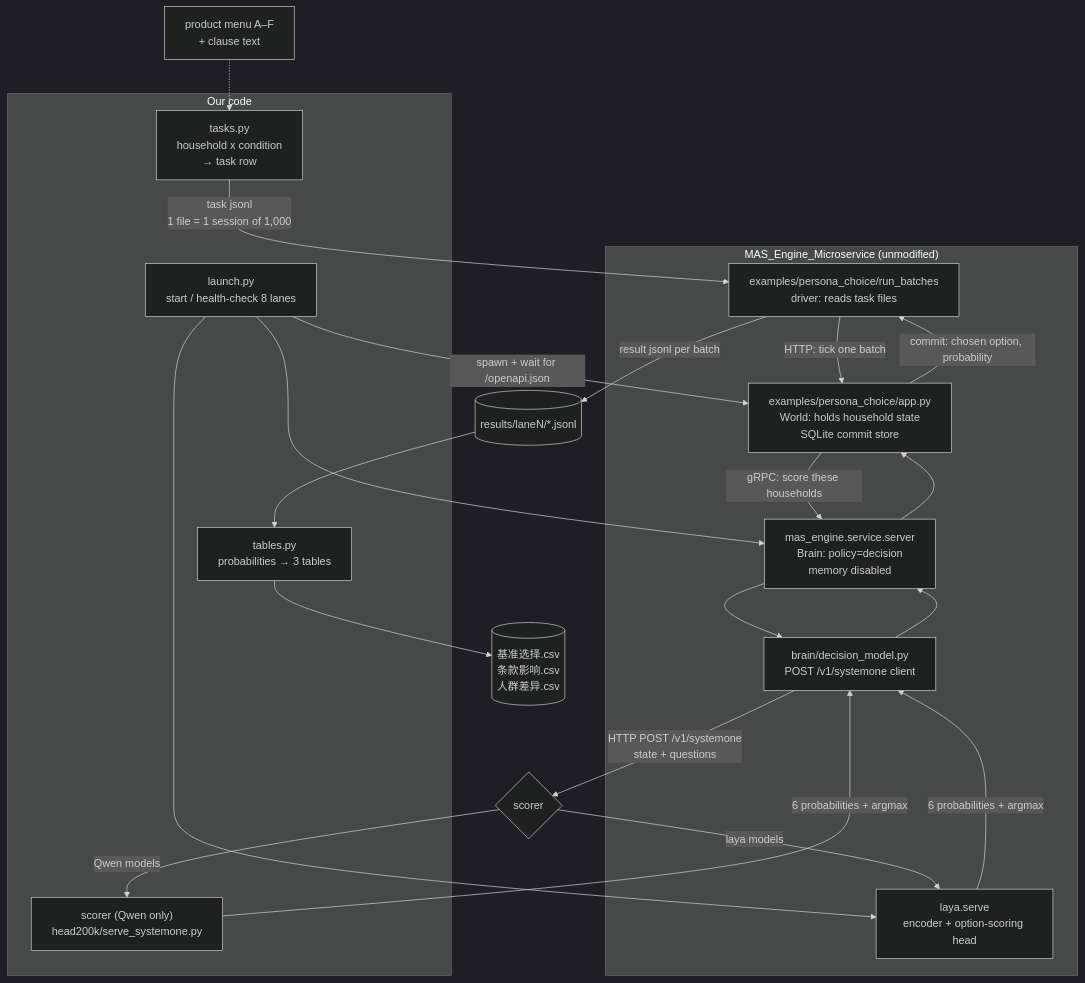
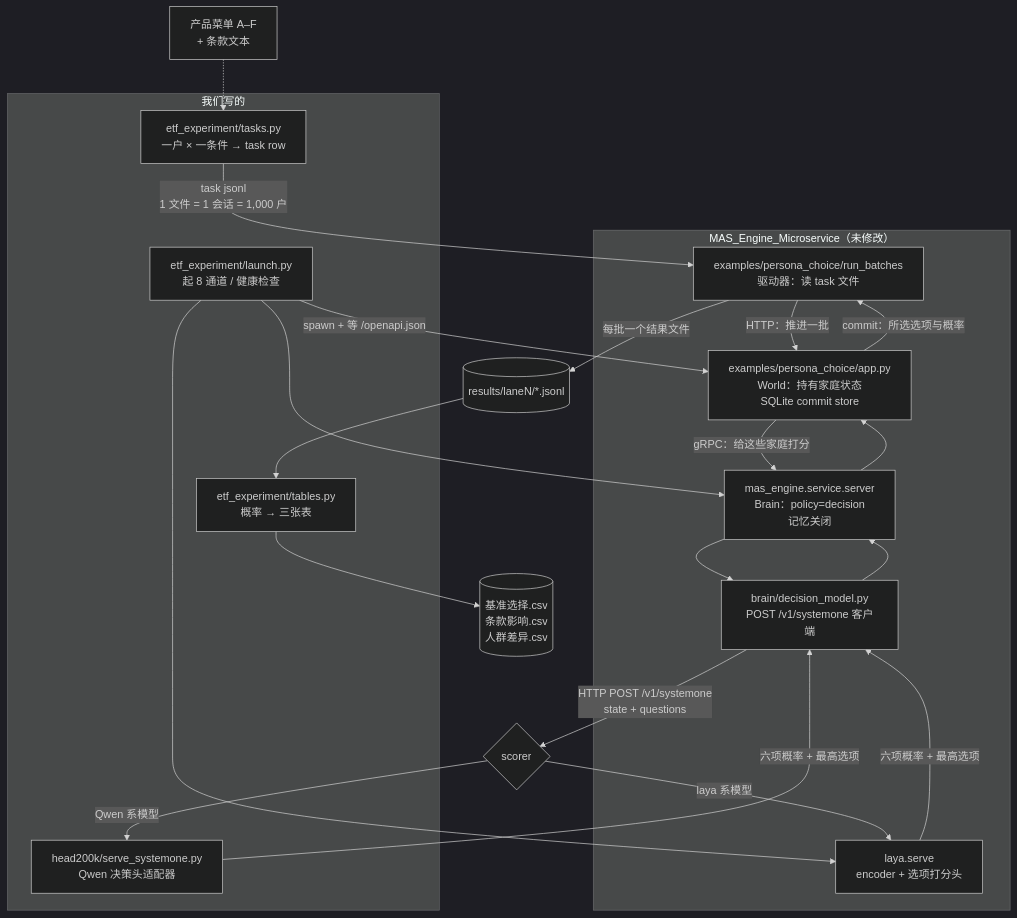
One commit to ShuKK777/etf-household-experiment changed the first of 3 diagrams in docs/调用链路.md. Above: the diagram before and after it, drawn with Mermaid (dark theme). The commit also changed other lines of this file, not shown here.

Commit message:
docs: rewrite the engine call-chain note in Chinese, name the refactored modules

````diff
--- a/docs/调用链路.md
+++ b/docs/调用链路.md
@@ -8,36 +10,36 @@
 ```mermaid
 flowchart TD
-    subgraph ours["Our code"]
-        A1["tasks.py<br/>household x condition<br/>→ task row"]
-        A2["launch.py<br/>start / health-check 8 lanes"]
-        A3["tables.py<br/>probabilities → 3 tables"]
-        A4["scorer (Qwen only)<br/>head200k/serve_systemone.py"]
+    subgraph ours["我们写的"]
+        A1["etf_experiment/tasks.py<br/>一户 × 一条件 → task row"]
+        A2["etf_experiment/launch.py<br/>起 8 通道 / 健康检查"]
+        A3["etf_experiment/tables.py<br/>概率 → 三张表"]
+        A4["head200k/serve_systemone.py<br/>Qwen 决策头适配器"]
     end
 
-    subgraph engine["MAS_Engine_Microservice (unmodified)"]
-        B1["examples/persona_choice/run_batches<br/>driver: reads task files"]
-        B2["examples/persona_choice/app.py<br/>World: holds household state<br/>SQLite commit store"]
-        B3["mas_engine.service.server<br/>Brain: policy=decision<br/>memory disabled"]
-        B4["brain/decision_model.py<br/>POST /v1/systemone client"]
-        B5["laya.serve<br/>encoder + option-scoring head"]
+    subgraph engine["MAS_Engine_Microservice（未修改）"]
+        B1["examples/persona_choice/run_batches<br/>驱动器：读 task 文件"]
+        B2["examples/persona_choice/app.py<br/>World：持有家庭状态<br/>SQLite commit store"]
+        B3["mas_engine.service.server<br/>Brain：policy=decision<br/>记忆关闭"]
+        B4["brain/decision_model.py<br/>POST /v1/systemone 客户端"]
+        B5["laya.serve<br/>encoder + 选项打分头"]
     end
 
-    P["product menu A–F<br/>+ clause text"] -.-> A1
-    A1 -->|"task jsonl<br/>1 file = 1 session of 1,000"| B1
-    A2 -->|"spawn + wait for /openapi.json"| B2
+    P["产品菜单 A–F<br/>+ 条款文本"] -.-> A1
+    A1 -->|"task jsonl<br/>1 文件 = 1 会话 = 1,000 户"| B1
+    A2 -->|"spawn + 等 /openapi.json"| B2
     A2 --> B3
     A2 --> B5
-    B1 -->|"HTTP: tick one batch"| B2
-    B2 -->|"gRPC: score these households"| B3
+    B1 -->|"HTTP：推进一批"| B2
+    B2 -->|"gRPC：给这些家庭打分"| B3
     B3 --> B4
     B4 -->|"HTTP POST /v1/systemone<br/>state + questions"| S{"scorer"}
-    S -->|laya models| B5
-    S -->|Qwen models| A4
-    B5 -->|"6 probabilities + argmax"| B4
-    A4 -->|"6 probabilities + argmax"| B4
+    S -->|laya 系模型| B5
+    S -->|Qwen 系模型| A4
+    B5 -->|"六项概率 + 最高选项"| B4
+    A4 -->|"六项概率 + 最高选项"| B4
     B4 --> B3 --> B2
-    B2 -->|"commit: chosen option, probability"| B1
-    B1 -->|"result jsonl per batch"| R[("results/laneN/*.jsonl")]
+    B2 -->|"commit：所选选项与概率"| B1
+    B1 -->|"每批一个结果文件"| R[("results/laneN/*.jsonl")]
     R --> A3
     A3 --> T[("基准选择.csv<br/>条款影响.csv<br/>人群差异.csv")]
 ```
````
